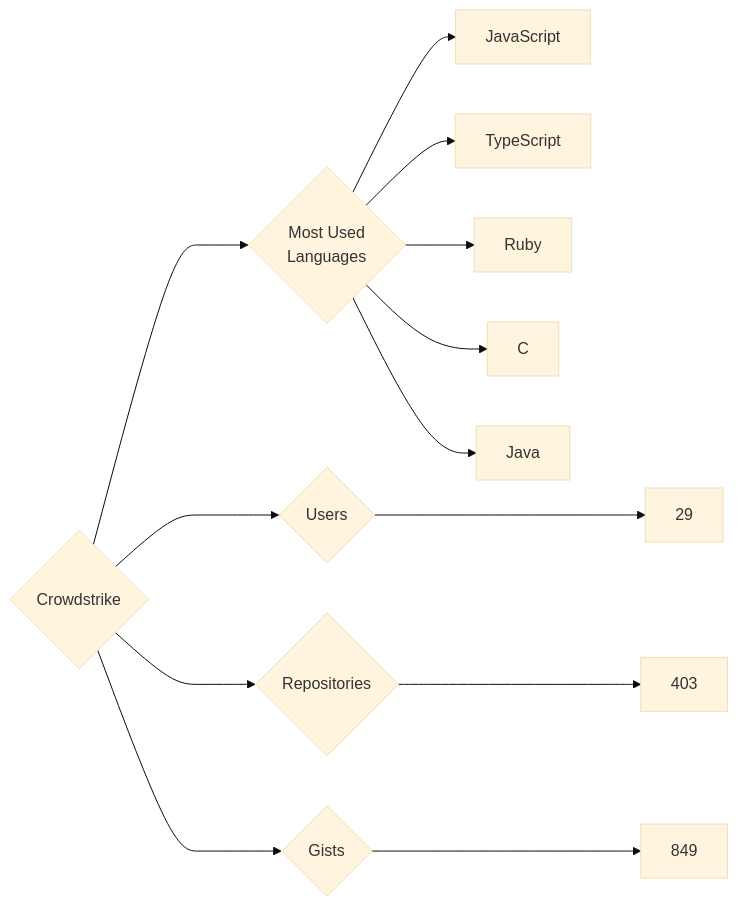
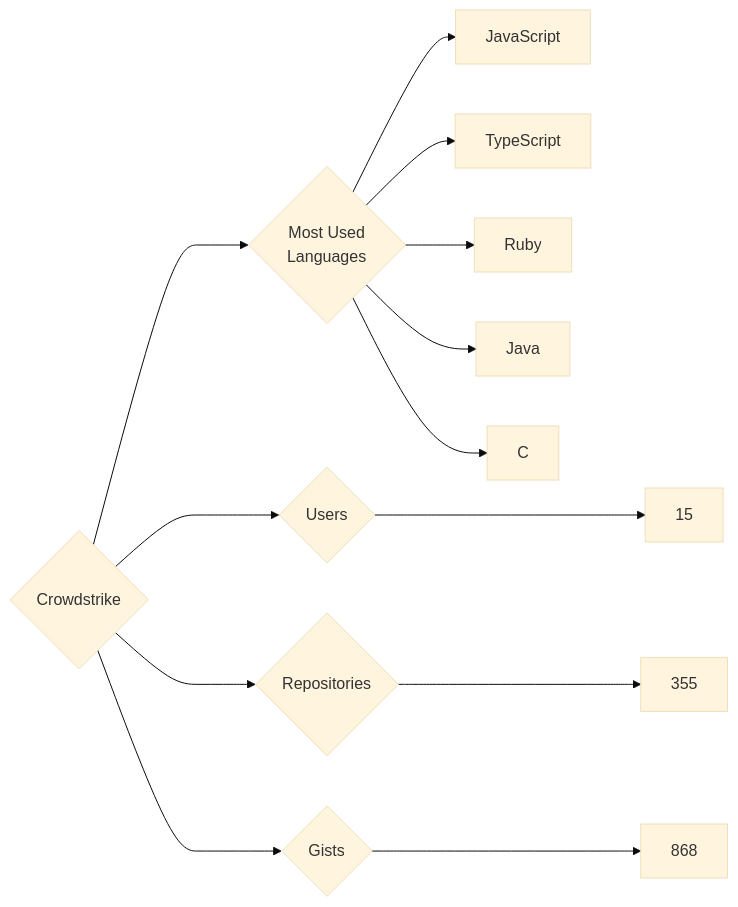
One commit to trickest/insiders changed the diagram in targets/Crowdstrike/README.md. Above: the diagram before and after it, drawn with Mermaid (base theme). The commit also changed 882 other files, not shown here.

````diff
--- a/targets/Crowdstrike/README.md
+++ b/targets/Crowdstrike/README.md
@@ -3,13 +3,13 @@
 ```mermaid
 graph LR
 COMPANY_NAME{Crowdstrike}
-COMPANY_NAME ---> U{Users} ---> UN[29]
-COMPANY_NAME ---> R{Repositories} ---> RN[403]
-COMPANY_NAME ---> G{Gists} ---> GN[849]
+COMPANY_NAME ---> U{Users} ---> UN[15]
+COMPANY_NAME ---> R{Repositories} ---> RN[355]
+COMPANY_NAME ---> G{Gists} ---> GN[868]
 COMPANY_NAME ---> ML{Most Used<br>Languages}
 ML --> JavaScript[JavaScript]
 ML --> TypeScript[TypeScript]
 ML --> Ruby[Ruby]
+ML --> Java[Java]
 ML --> C[C]
-ML --> Java[Java]
 ```
````
